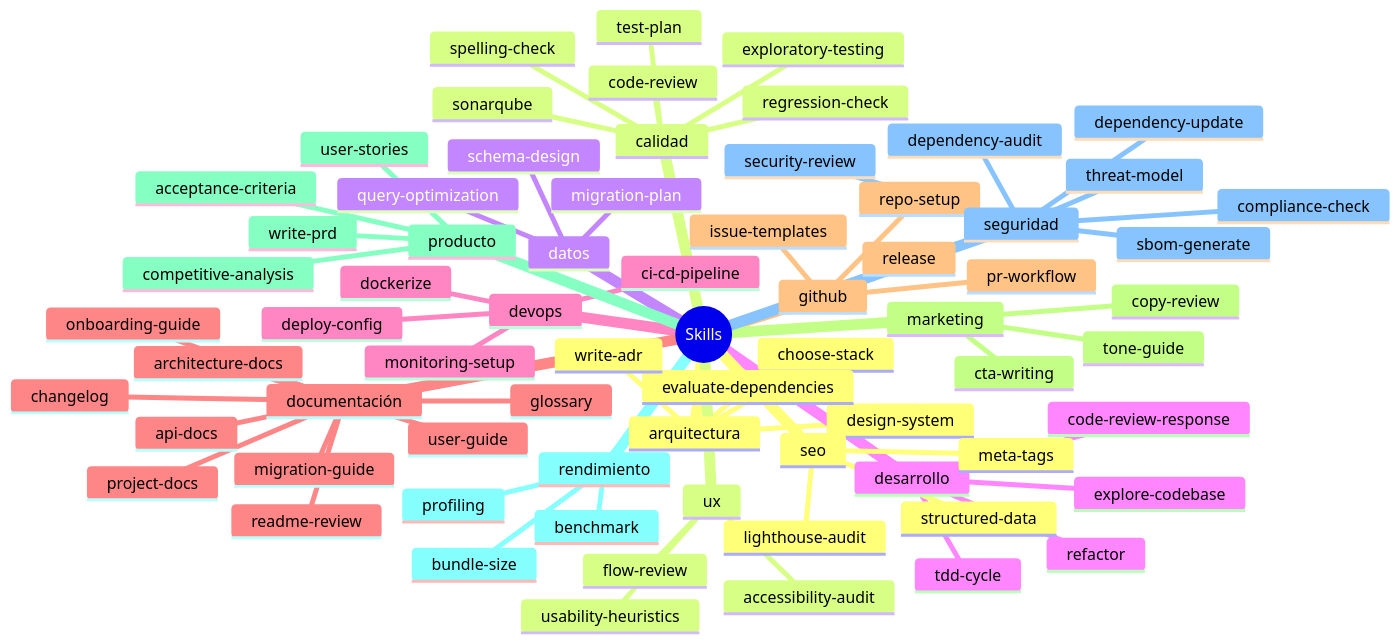
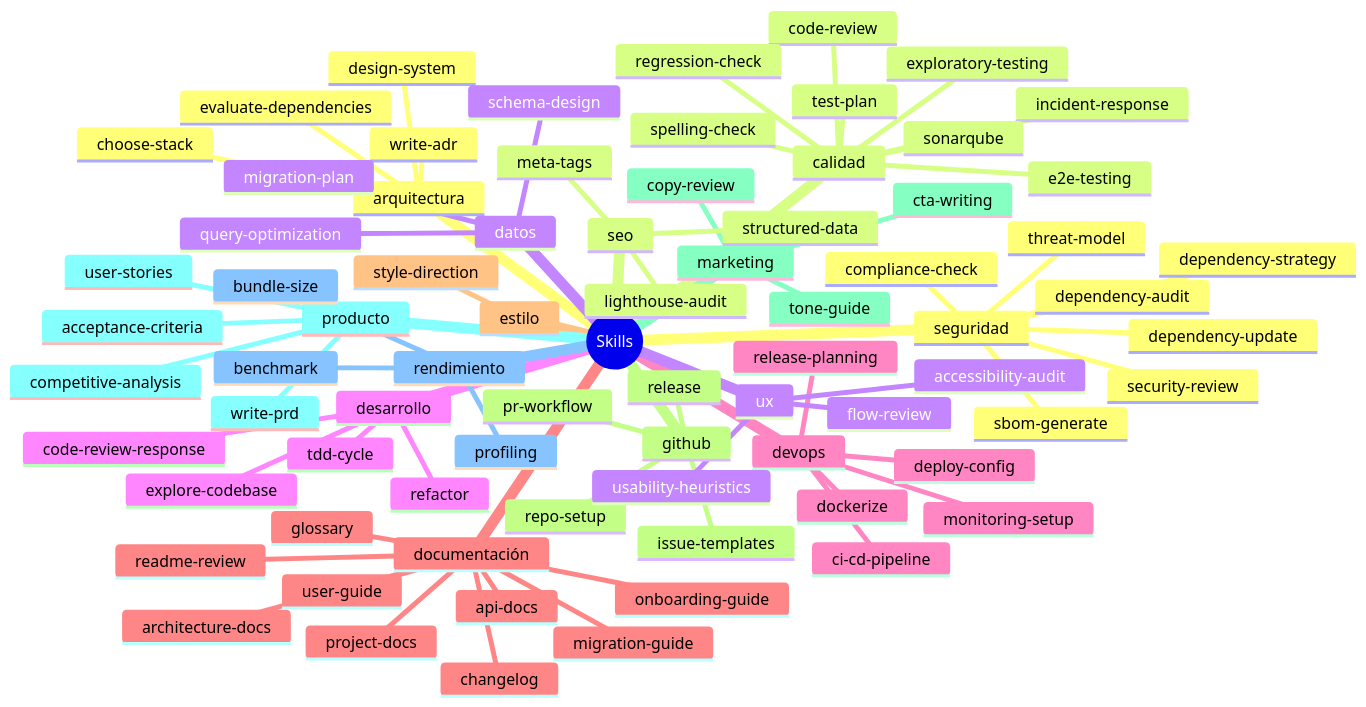
The diagram in docs/skills.md (686f6c61/alfred-dev), drawn with Mermaid before and after one commit. The commit also changed other lines of this file and 16 other files, not shown here.

````diff
--- a/docs/skills.md
+++ b/docs/skills.md
@@ -15,73 +15,79 @@
 ```mermaid
 mindmap
   root((Skills))
     arquitectura
       choose-stack
       design-system
       evaluate-dependencies
       write-adr
     calidad
       code-review
+      e2e-testing
       exploratory-testing
+      incident-response
       regression-check
       sonarqube
       spelling-check
       test-plan
     datos
       migration-plan
       query-optimization
       schema-design
     desarrollo
       code-review-response
       explore-codebase
       refactor
       tdd-cycle
     devops
       ci-cd-pipeline
       deploy-config
       dockerize
       monitoring-setup
+      release-planning
     documentación
       api-docs
       architecture-docs
       changelog
       glossary
       migration-guide
       onboarding-guide
       project-docs
       readme-review
       user-guide
+    estilo
+      style-direction
     github
       issue-templates
       pr-workflow
       release
       repo-setup
     marketing
       copy-review
       cta-writing
       tone-guide
     producto
       acceptance-criteria
       competitive-analysis
       user-stories
       write-prd
     rendimiento
       benchmark
       bundle-size
       profiling
     seguridad
       compliance-check
       dependency-audit
+      dependency-strategy
       dependency-update
       sbom-generate
       security-review
       threat-model
     seo
       lighthouse-audit
       meta-tags
       structured-data
     ux
       accessibility-audit
       flow-review
       usability-heuristics
 ```
````
